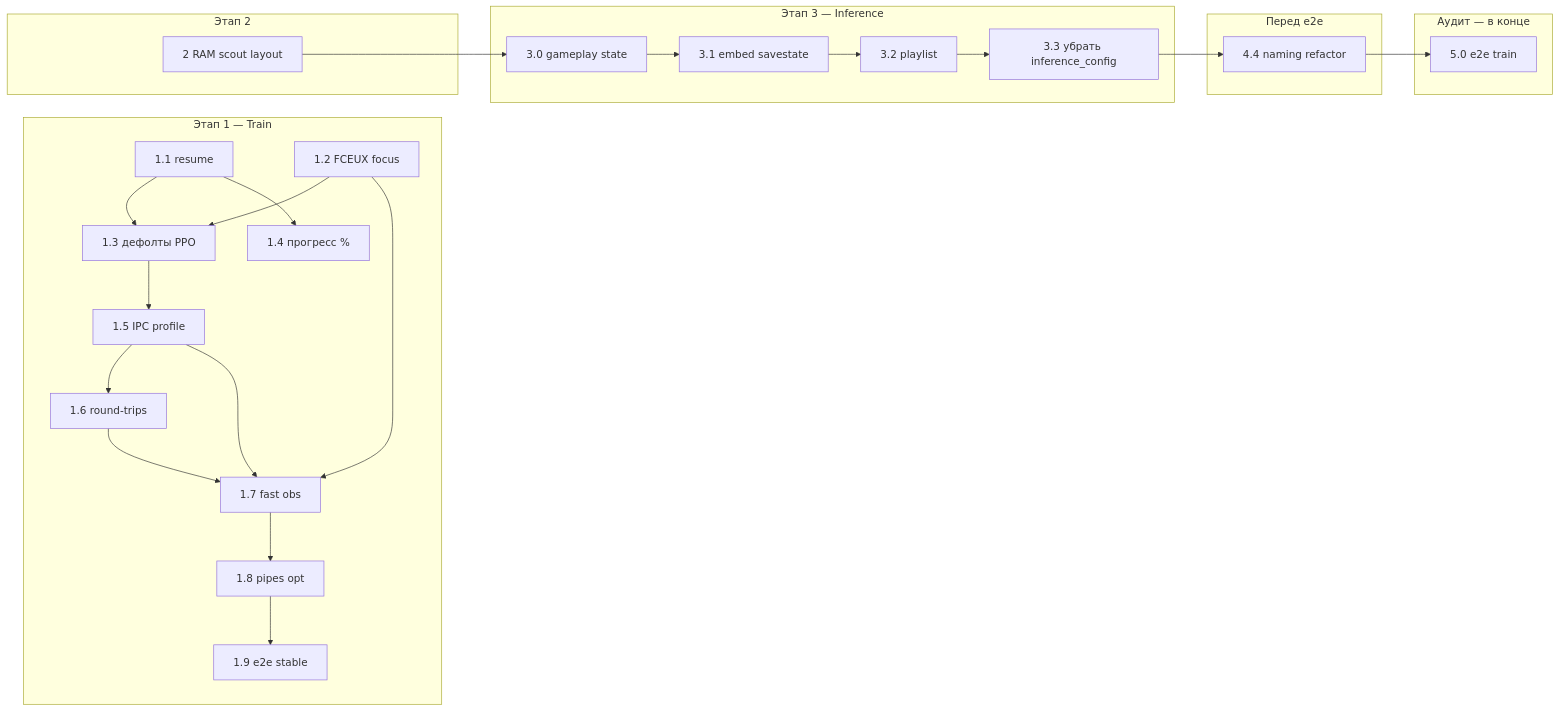
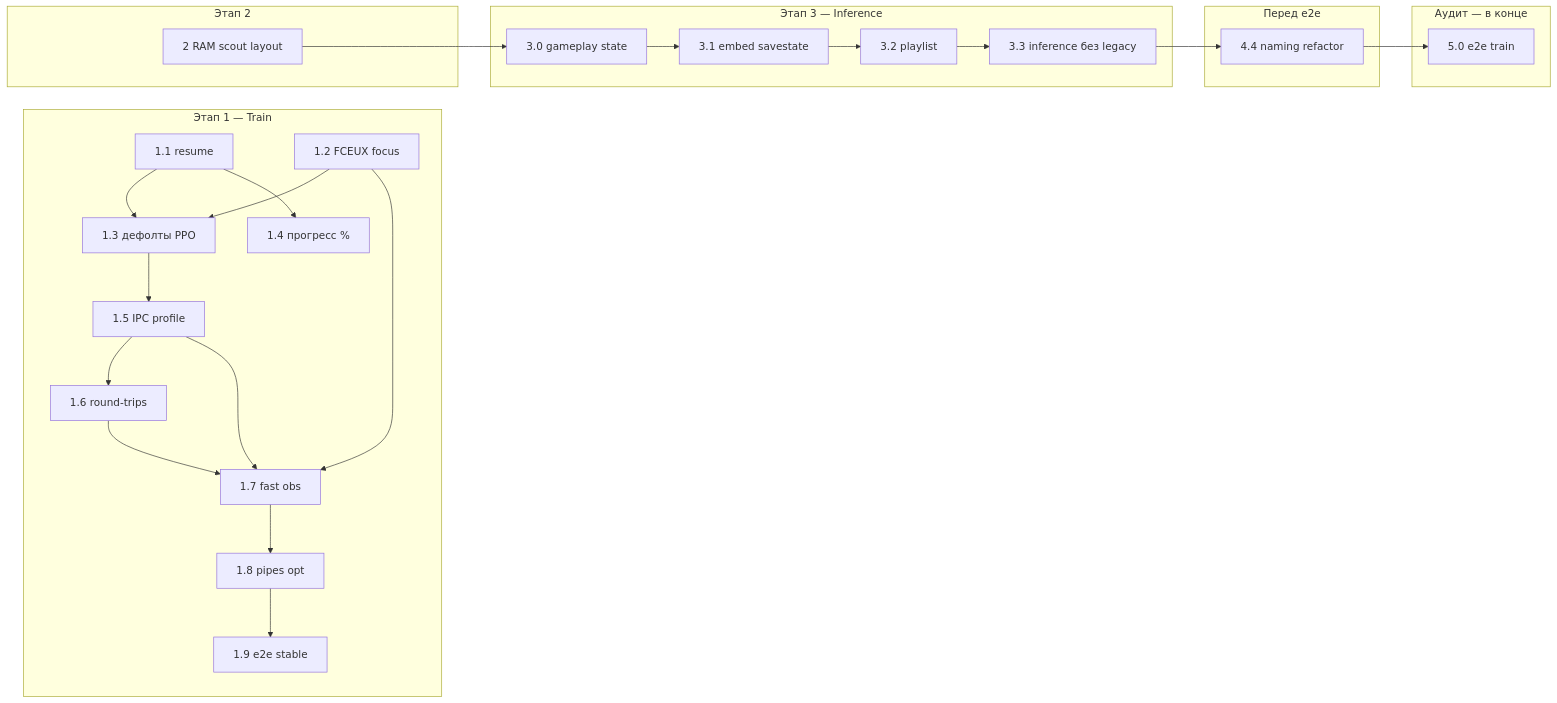
Before and after one commit to dimadroog/wait: the diagram in docs/BACKLOG.md, drawn with Mermaid. The commit also changed other lines of this file and 4 other files, not shown here.

````diff
--- a/docs/BACKLOG.md
+++ b/docs/BACKLOG.md
@@ -69,38 +73,38 @@
 ```mermaid
 flowchart LR
   subgraph train [Этап 1 — Train]
     T1[1.1 resume]
     T2[1.2 FCEUX focus]
     T3[1.3 дефолты PPO]
     T4[1.4 прогресс %]
     T1 --> T3
     T1 --> T4
     T2 --> T3
     T3 --> T5[1.5 IPC profile]
     T5 --> T6[1.6 round-trips]
     T2 --> T7[1.7 fast obs]
     T5 --> T7
     T6 --> T7
     T7 --> T8[1.8 pipes opt]
     T8 --> T9[1.9 e2e stable]
   end
   subgraph phase0 [Этап 2]
     P0[2 RAM scout layout]
   end
   subgraph inference [Этап 3 — Inference]
     I0[3.0 gameplay state]
     I1[3.1 embed savestate]
     I2[3.2 playlist]
-    I3[3.3 убрать inference_config]
+    I3[3.3 inference без legacy]
     I0 --> I1 --> I2 --> I3
   end
   subgraph audit [Аудит — в конце]
     A0[5.0 e2e train]
   end
   P0 --> I0
   subgraph refactor [Перед e2e]
     R4[4.4 naming refactor]
   end
   I3 --> R4
   R4 --> A0
 ```
````
